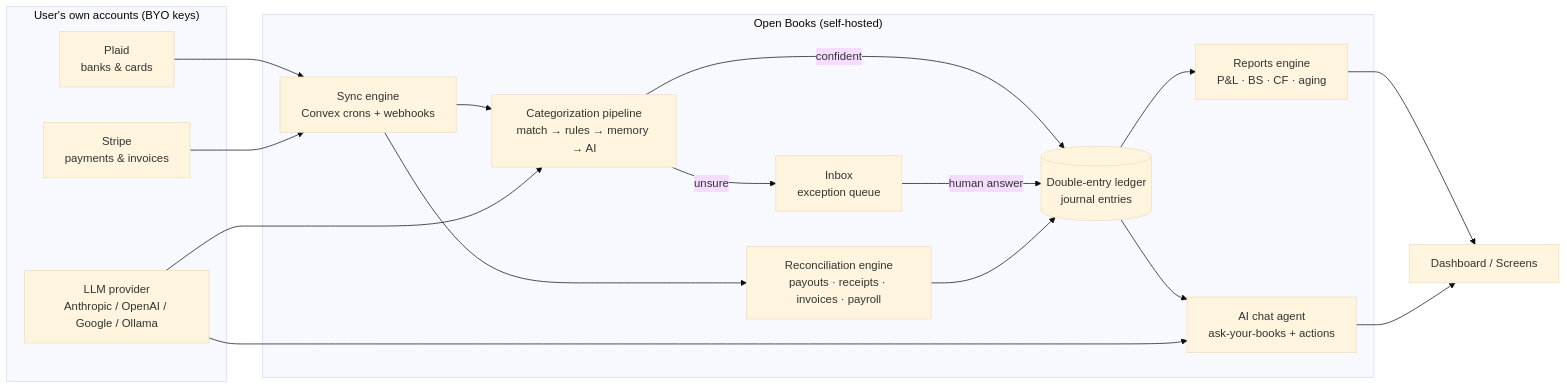
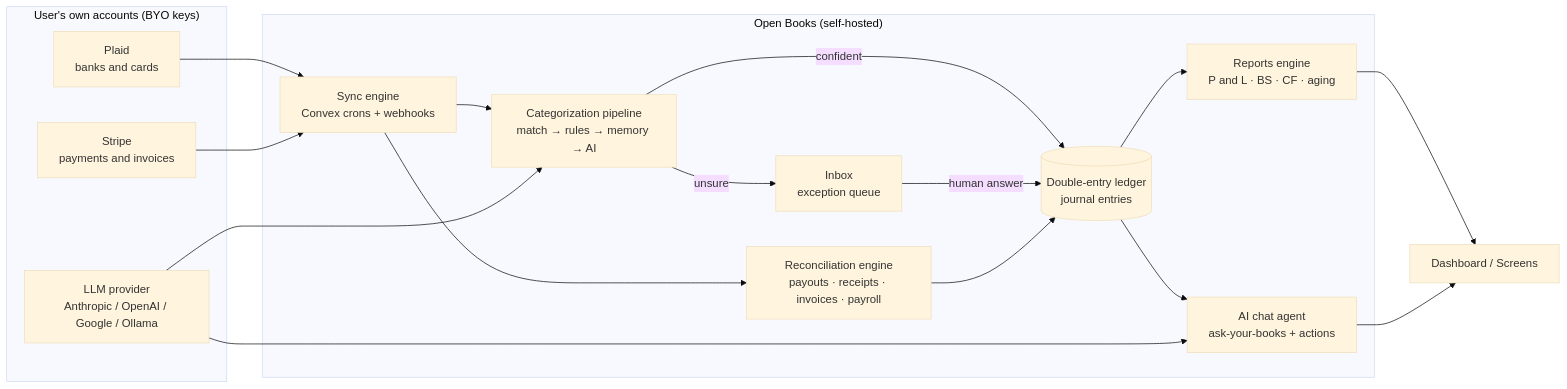
Before and after one commit to AnsarUllahAnasZ360/open-accounting: the diagram in docs/product/02-product-spec.md, drawn with Mermaid (base theme). The commit also changed 3 other files, not shown here.

First line of the commit message:
docs: polish UI audit report, add architecture doc, fix mermaid

````diff
--- a/docs/product/02-product-spec.md
+++ b/docs/product/02-product-spec.md
@@ -9,35 +9,35 @@
 ```mermaid
 flowchart LR
   subgraph External["User's own accounts (BYO keys)"]
-    P[Plaid<br/>banks & cards]
-    S[Stripe<br/>payments & invoices]
+    P["Plaid<br/>banks and cards"]
+    S["Stripe<br/>payments and invoices"]
     L[LLM provider<br/>Anthropic / OpenAI / Google / Ollama]
   end
 
   subgraph OB["Open Books (self-hosted)"]
     SYNC[Sync engine<br/>Convex crons + webhooks]
     PIPE[Categorization pipeline<br/>match → rules → memory → AI]
     LEDGER[(Double-entry ledger<br/>journal entries)]
     INBOX[Inbox<br/>exception queue]
     REC[Reconciliation engine<br/>payouts · receipts · invoices · payroll]
-    RPT[Reports engine<br/>P&L · BS · CF · aging]
+    RPT["Reports engine<br/>P and L · BS · CF · aging"]
     CHAT[AI chat agent<br/>ask-your-books + actions]
   end
 
   UI[Dashboard / Screens]
 
   P --> SYNC
   S --> SYNC
   SYNC --> PIPE
   PIPE -->|confident| LEDGER
   PIPE -->|unsure| INBOX
   INBOX -->|human answer| LEDGER
   SYNC --> REC
   REC --> LEDGER
   LEDGER --> RPT
   RPT --> UI
   LEDGER --> CHAT
   L --> PIPE
   L --> CHAT
   CHAT --> UI
 ```
````
